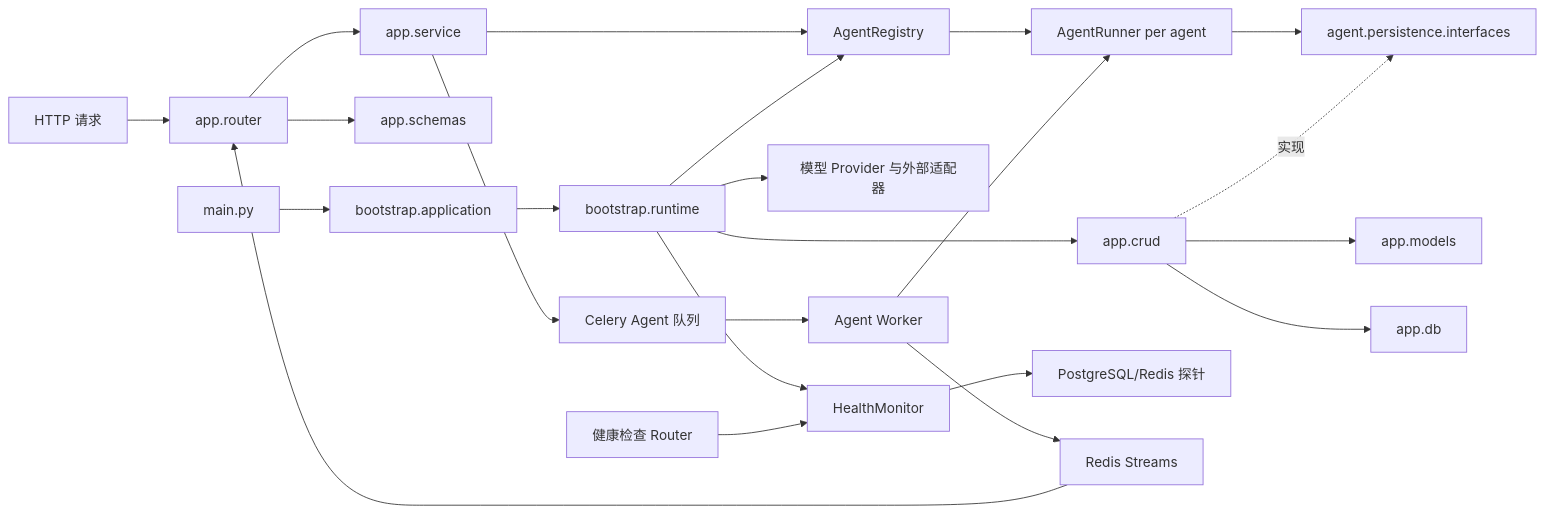
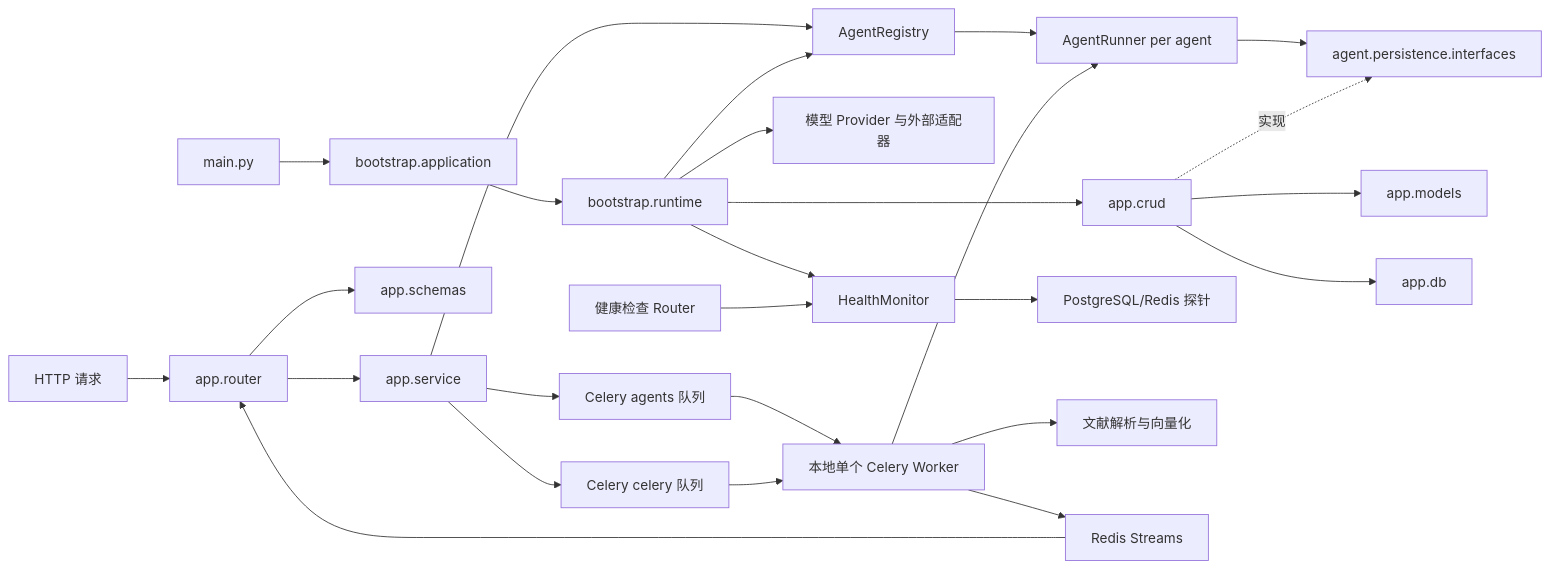
The diagram in docs/架构说明.md (zt20001126/NexusAI), drawn with Mermaid before and after one commit. The commit also changed other lines of this file and 5 other files, not shown here.

````diff
--- a/docs/架构说明.md
+++ b/docs/架构说明.md
@@ -7,25 +7,28 @@
 ```mermaid
 flowchart LR
     Client[HTTP 请求] --> Router[app.router]
     Router --> Service[app.service]
     Service --> Registry[AgentRegistry]
     Registry --> Runner[AgentRunner per agent]
     Runner --> PersistencePort[agent.persistence.interfaces]
     PersistenceCRUD[app.crud] -. 实现 .-> PersistencePort
     Router --> Schemas[app.schemas]
     Entry[main.py] --> Application[bootstrap.application]
     Application --> BootstrapRuntime[bootstrap.runtime]
     BootstrapRuntime --> Registry
     BootstrapRuntime --> PersistenceCRUD
     PersistenceCRUD --> ORMModels[app.models]
     PersistenceCRUD --> Database[app.db]
     BootstrapRuntime --> Infrastructure[模型 Provider 与外部适配器]
     BootstrapRuntime --> HealthMonitor[HealthMonitor]
     HealthMonitor --> HealthProbes[PostgreSQL/Redis 探针]
     HealthRouter[健康检查 Router] --> HealthMonitor
-    Service --> AgentQueue[Celery Agent 队列]
-    AgentQueue --> AgentWorker[Agent Worker]
-    AgentWorker --> Runner
-    AgentWorker --> EventStream[Redis Streams]
+    Service --> AgentQueue[Celery agents 队列]
+    Service --> LiteratureQueue[Celery celery 队列]
+    AgentQueue --> Worker[本地单个 Celery Worker]
+    LiteratureQueue --> Worker
+    Worker --> Runner
+    Worker --> LiteratureTasks[文献解析与向量化]
+    Worker --> EventStream[Redis Streams]
     EventStream --> Router
 ```
````
